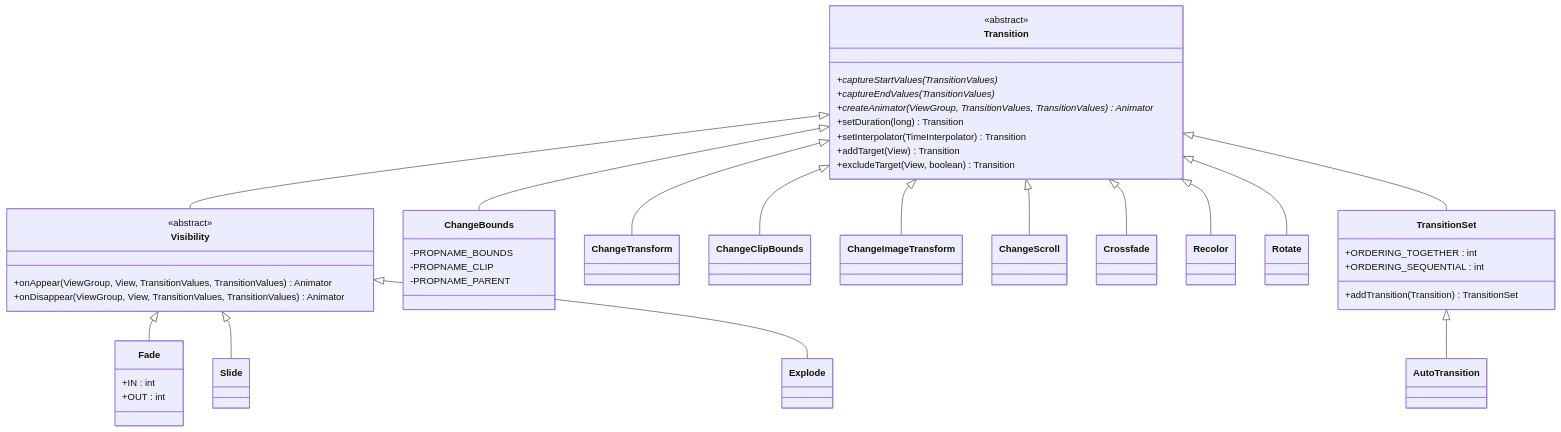
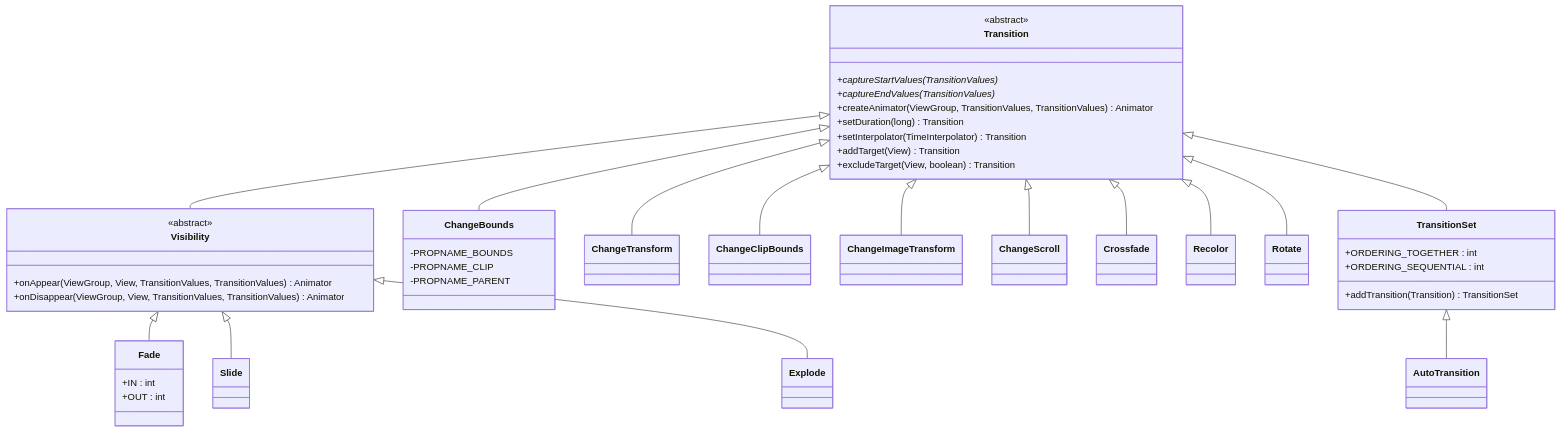
Before and after one commit to aospbooks/aosp-internal-book: diagram 13 of 47 in 14-animation-system.md, drawn with Mermaid. The commit also changed other lines of this file and 218 other files, not shown here.

````diff
--- a/14-animation-system.md
+++ b/14-animation-system.md
@@ -1503,57 +1520,57 @@
 ```mermaid
 classDiagram
     class Transition {
         <<abstract>>
         +captureStartValues(TransitionValues)*
         +captureEndValues(TransitionValues)*
-        +createAnimator(ViewGroup, TransitionValues, TransitionValues)* Animator
+        +createAnimator(ViewGroup, TransitionValues, TransitionValues) Animator
         +setDuration(long) Transition
         +setInterpolator(TimeInterpolator) Transition
         +addTarget(View) Transition
         +excludeTarget(View, boolean) Transition
     }
     class Visibility {
         <<abstract>>
         +onAppear(ViewGroup, View, TransitionValues, TransitionValues) Animator
         +onDisappear(ViewGroup, View, TransitionValues, TransitionValues) Animator
     }
     class Fade {
         +IN : int
         +OUT : int
     }
     class Slide
     class Explode
     class ChangeBounds {
         -PROPNAME_BOUNDS
         -PROPNAME_CLIP
         -PROPNAME_PARENT
     }
     class ChangeTransform
     class ChangeClipBounds
     class ChangeImageTransform
     class ChangeScroll
     class Crossfade
     class Recolor
     class Rotate
     class TransitionSet {
         +ORDERING_TOGETHER : int
         +ORDERING_SEQUENTIAL : int
         +addTransition(Transition) TransitionSet
     }
     class AutoTransition
 
     Transition <|-- Visibility
     Transition <|-- ChangeBounds
     Transition <|-- ChangeTransform
     Transition <|-- ChangeClipBounds
     Transition <|-- ChangeImageTransform
     Transition <|-- ChangeScroll
     Transition <|-- Crossfade
     Transition <|-- Recolor
     Transition <|-- Rotate
     Transition <|-- TransitionSet
     Visibility <|-- Fade
     Visibility <|-- Slide
     Visibility <|-- Explode
     TransitionSet <|-- AutoTransition
 ```
````
